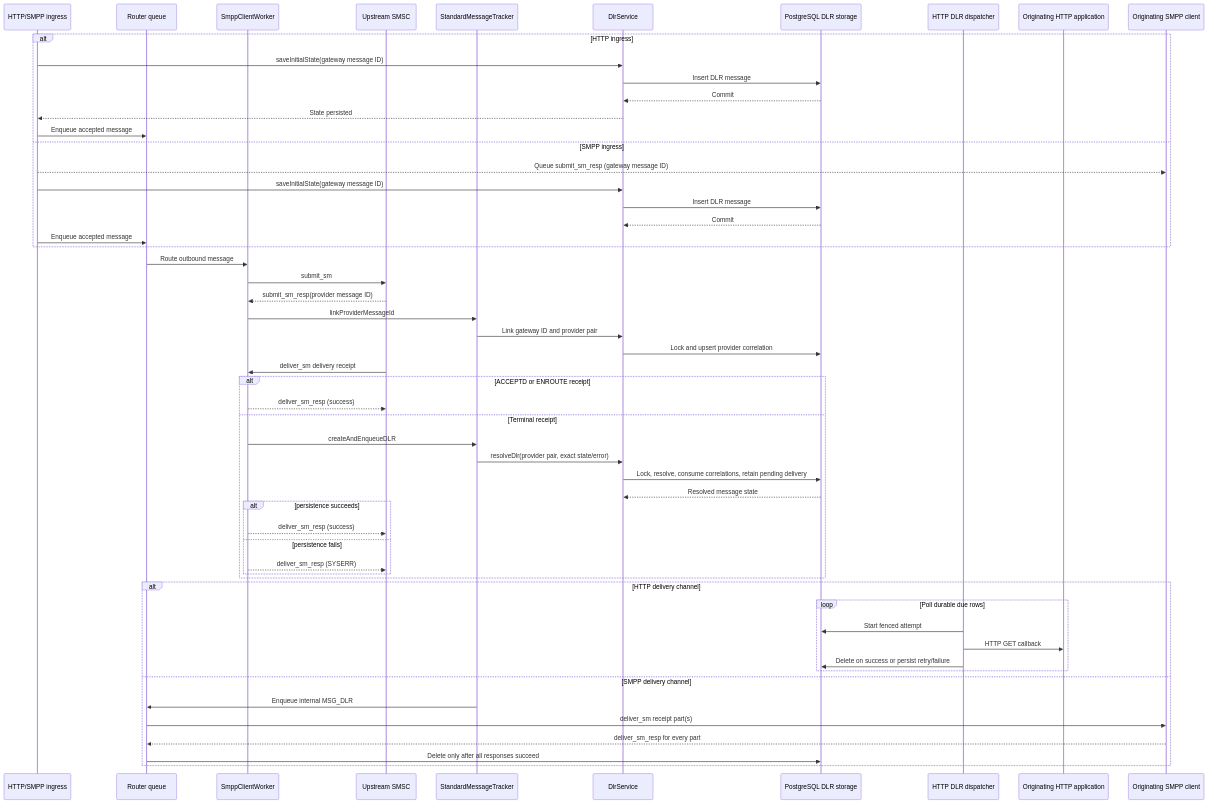
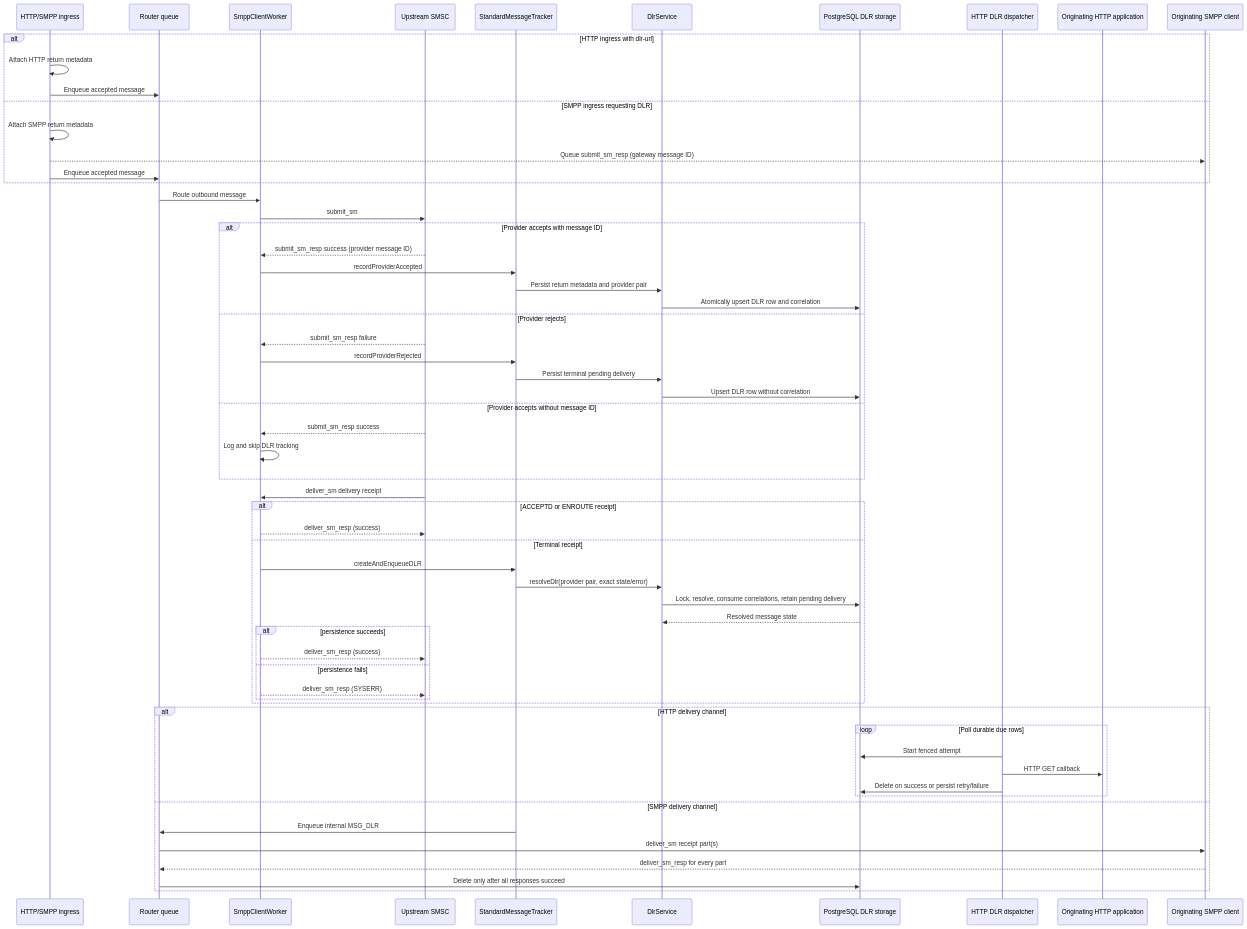
One commit to cytechmobile/sendium changed the fifth of 6 diagrams in docs/01-architecture.md. Above: the diagram before and after it, drawn with Mermaid. The commit also changed other lines of this file and 34 other files, not shown here.

Commit message:
refactor(dlr): persist state at provider outcome

````diff
--- a/docs/01-architecture.md
+++ b/docs/01-architecture.md
@@ -158,61 +151,66 @@
 ```mermaid
 sequenceDiagram
     participant Ingress as HTTP/SMPP ingress
     participant Router as Router queue
     participant Worker as SmppClientWorker
     participant SMSC as Upstream SMSC
     participant Tracker as StandardMessageTracker
     participant Service as DlrService
     participant Database as PostgreSQL DLR storage
     participant HTTP as HTTP DLR dispatcher
     participant App as Originating HTTP application
     participant SMPPApp as Originating SMPP client
 
-    alt HTTP ingress
-        Ingress->>Service: saveInitialState(gateway message ID)
-        Service->>Database: Insert DLR message
-        Database-->>Service: Commit
-        Service-->>Ingress: State persisted
+    alt HTTP ingress with dlr-url
+        Ingress->>Ingress: Attach HTTP return metadata
         Ingress->>Router: Enqueue accepted message
-    else SMPP ingress
+    else SMPP ingress requesting DLR
+        Ingress->>Ingress: Attach SMPP return metadata
         Ingress-->>SMPPApp: Queue submit_sm_resp (gateway message ID)
-        Ingress->>Service: saveInitialState(gateway message ID)
-        Service->>Database: Insert DLR message
-        Database-->>Service: Commit
         Ingress->>Router: Enqueue accepted message
     end
     Router->>Worker: Route outbound message
     Worker->>SMSC: submit_sm
-    SMSC-->>Worker: submit_sm_resp(provider message ID)
-    Worker->>Tracker: linkProviderMessageId
-    Tracker->>Service: Link gateway ID and provider pair
-    Service->>Database: Lock and upsert provider correlation
+    alt Provider accepts with message ID
+        SMSC-->>Worker: submit_sm_resp success (provider message ID)
+        Worker->>Tracker: recordProviderAccepted
+        Tracker->>Service: Persist return metadata and provider pair
+        Service->>Database: Atomically upsert DLR row and correlation
+    else Provider rejects
+        SMSC-->>Worker: submit_sm_resp failure
+        Worker->>Tracker: recordProviderRejected
+        Tracker->>Service: Persist terminal pending delivery
+        Service->>Database: Upsert DLR row without correlation
+    else Provider accepts without message ID
+        SMSC-->>Worker: submit_sm_resp success
+        Worker->>Worker: Log and skip DLR tracking
+    end
 
     SMSC->>Worker: deliver_sm delivery receipt
     alt ACCEPTD or ENROUTE receipt
         Worker-->>SMSC: deliver_sm_resp (success)
     else Terminal receipt
         Worker->>Tracker: createAndEnqueueDLR
         Tracker->>Service: resolveDlr(provider pair, exact state/error)
         Service->>Database: Lock, resolve, consume correlations, retain pending delivery
         Database-->>Service: Resolved message state
         alt persistence succeeds
             Worker-->>SMSC: deliver_sm_resp (success)
         else persistence fails
             Worker-->>SMSC: deliver_sm_resp (SYSERR)
         end
     end
 
     alt HTTP delivery channel
         loop Poll durable due rows
             HTTP->>Database: Start fenced attempt
             HTTP->>App: HTTP GET callback
             HTTP->>Database: Delete on success or persist retry/failure
         end
     else SMPP delivery channel
         Tracker->>Router: Enqueue internal MSG_DLR
         Router->>SMPPApp: deliver_sm receipt part(s)
         SMPPApp-->>Router: deliver_sm_resp for every part
         Router->>Database: Delete only after all responses succeed
     end
 ```
````
